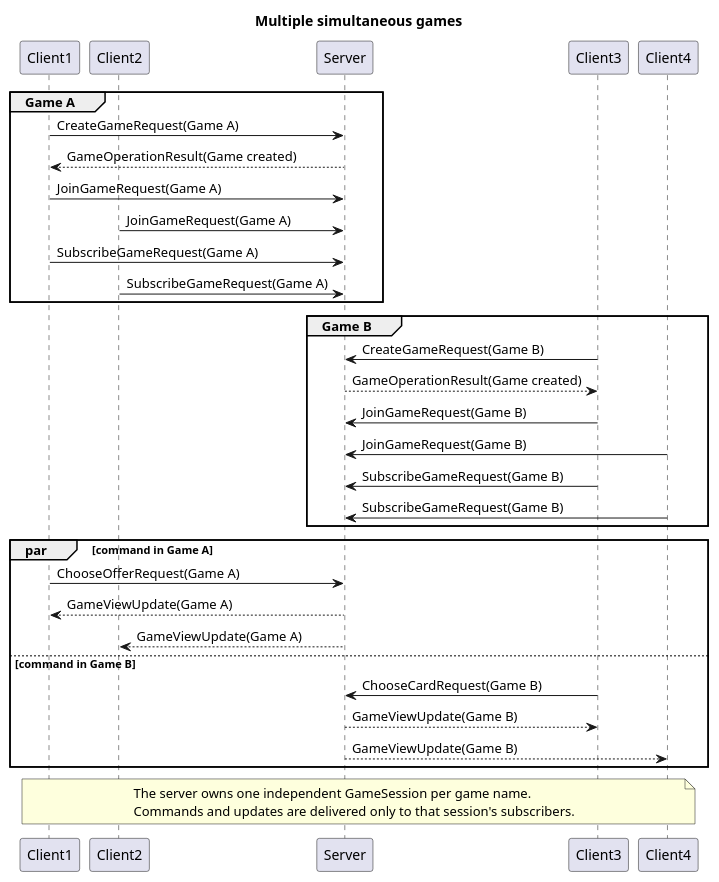
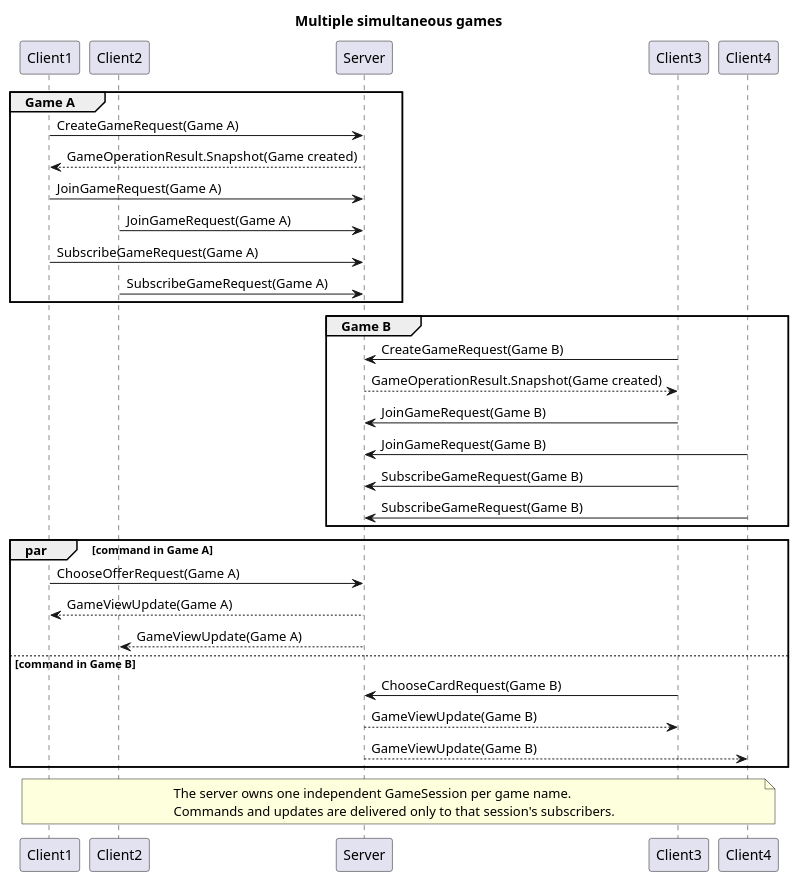
The diagram in UML_Diagram/SequenceDiagrams/10-multiple-simultaneous-games.puml (matteoroda05/Mesos), drawn with PlantUML before and after one commit. The commit also changed 9 other files, not shown here.

Commit message:
docs(sequence diagrams): update sequence diagrams to reflect new GameOperationResult structure

```diff
--- a/UML_Diagram/SequenceDiagrams/10-multiple-simultaneous-games.puml
+++ b/UML_Diagram/SequenceDiagrams/10-multiple-simultaneous-games.puml
@@ -1,44 +1,44 @@
 @startuml
 
 title Multiple simultaneous games
 
 participant Client1
 participant Client2
 participant Server
 participant Client3
 participant Client4
 
 group Game A
 Client1->Server: CreateGameRequest(Game A)
-Server-->Client1: GameOperationResult(Game created)
+Server-->Client1: GameOperationResult.Snapshot(Game created)
 Client1->Server: JoinGameRequest(Game A)
 Client2->Server: JoinGameRequest(Game A)
 Client1->Server: SubscribeGameRequest(Game A)
 Client2->Server: SubscribeGameRequest(Game A)
 end
 
 group Game B
 Client3->Server: CreateGameRequest(Game B)
-Server-->Client3: GameOperationResult(Game created)
+Server-->Client3: GameOperationResult.Snapshot(Game created)
 Client3->Server: JoinGameRequest(Game B)
 Client4->Server: JoinGameRequest(Game B)
 Client3->Server: SubscribeGameRequest(Game B)
 Client4->Server: SubscribeGameRequest(Game B)
 end
 
 par command in Game A
 Client1->Server: ChooseOfferRequest(Game A)
 Server-->Client1: GameViewUpdate(Game A)
 Server-->Client2: GameViewUpdate(Game A)
 else command in Game B
 Client3->Server: ChooseCardRequest(Game B)
 Server-->Client3: GameViewUpdate(Game B)
 Server-->Client4: GameViewUpdate(Game B)
 end
 
 note over Client1, Client4
 The server owns one independent GameSession per game name.
 Commands and updates are delivered only to that session's subscribers.
 end note
 
 @enduml
```
